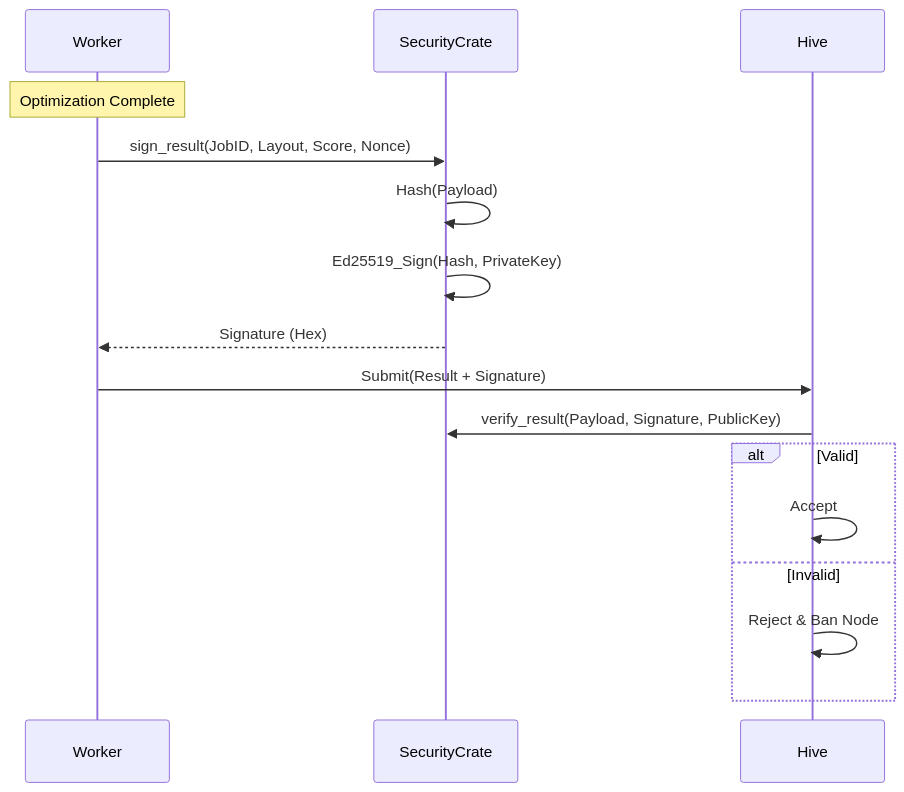
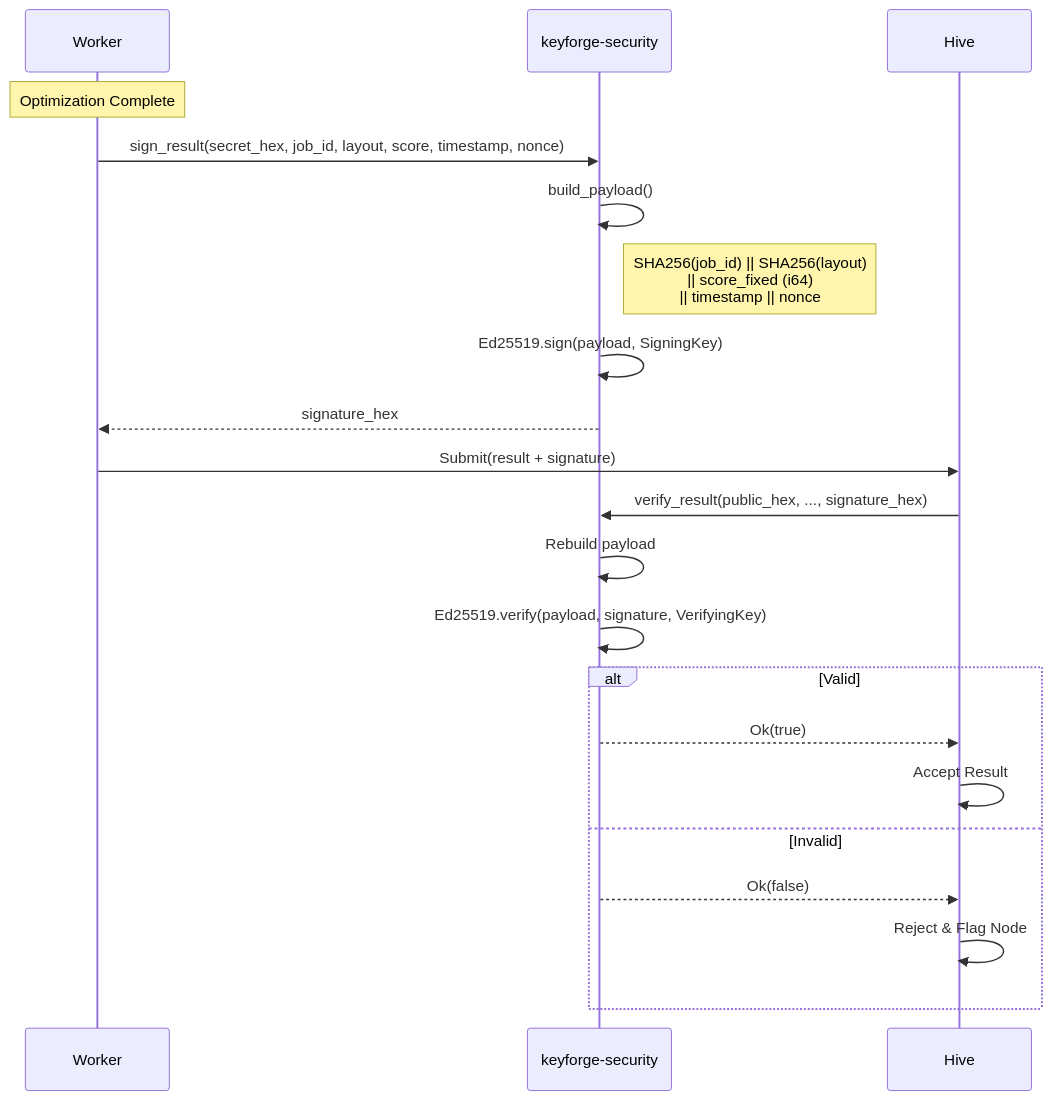
The first of 4 diagrams in docs/design/keyforge-security/README.md (infodungeon/keyforge), drawn with Mermaid before and after one commit. The commit also changed other lines of this file and 63 other files, not shown here.

````diff
--- a/docs/design/keyforge-security/README.md
+++ b/docs/design/keyforge-security/README.md
@@ -10,22 +21,27 @@
 ```mermaid
 sequenceDiagram
     participant Worker
-    participant Sec as SecurityCrate
+    participant Sec as keyforge-security
     participant Hive
 
     Note over Worker: Optimization Complete
     
-    Worker->>Sec: sign_result(JobID, Layout, Score, Nonce)
-    Sec->>Sec: Hash(Payload)
-    Sec->>Sec: Ed25519_Sign(Hash, PrivateKey)
-    Sec-->>Worker: Signature (Hex)
+    Worker->>Sec: sign_result(secret_hex, job_id, layout, score, timestamp, nonce)
+    Sec->>Sec: build_payload()
+    Note right of Sec: SHA256(job_id) || SHA256(layout)<br/>|| score_fixed (i64)<br/>|| timestamp || nonce
+    Sec->>Sec: Ed25519.sign(payload, SigningKey)
+    Sec-->>Worker: signature_hex
     
-    Worker->>Hive: Submit(Result + Signature)
+    Worker->>Hive: Submit(result + signature)
     
-    Hive->>Sec: verify_result(Payload, Signature, PublicKey)
+    Hive->>Sec: verify_result(public_hex, ..., signature_hex)
+    Sec->>Sec: Rebuild payload
+    Sec->>Sec: Ed25519.verify(payload, signature, VerifyingKey)
     alt Valid
-        Hive->>Hive: Accept
+        Sec-->>Hive: Ok(true)
+        Hive->>Hive: Accept Result
     else Invalid
-        Hive->>Hive: Reject & Ban Node
+        Sec-->>Hive: Ok(false)
+        Hive->>Hive: Reject & Flag Node
     end
 ```
````
